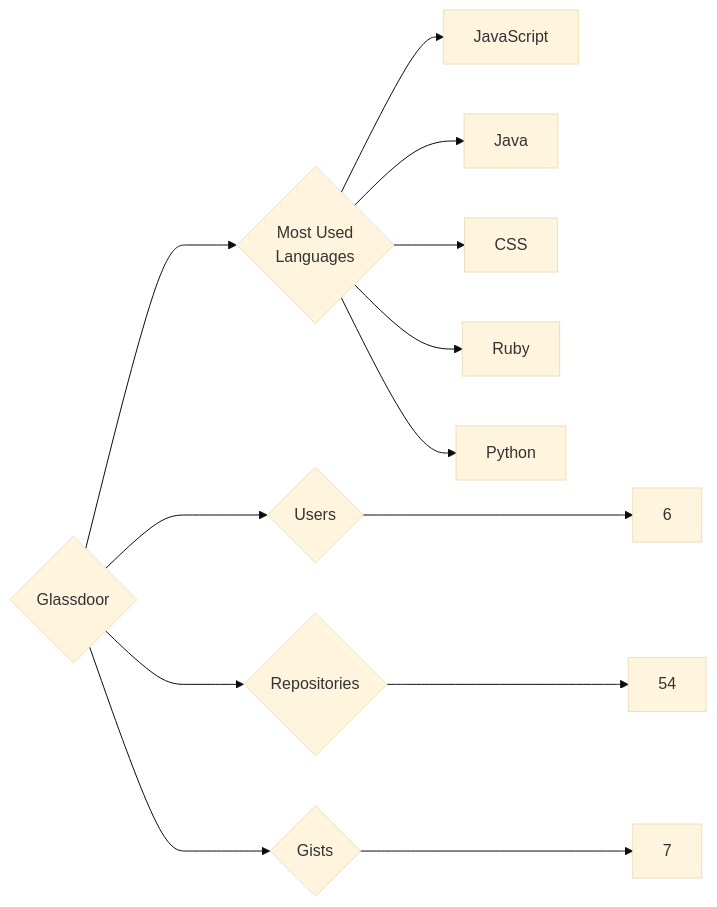
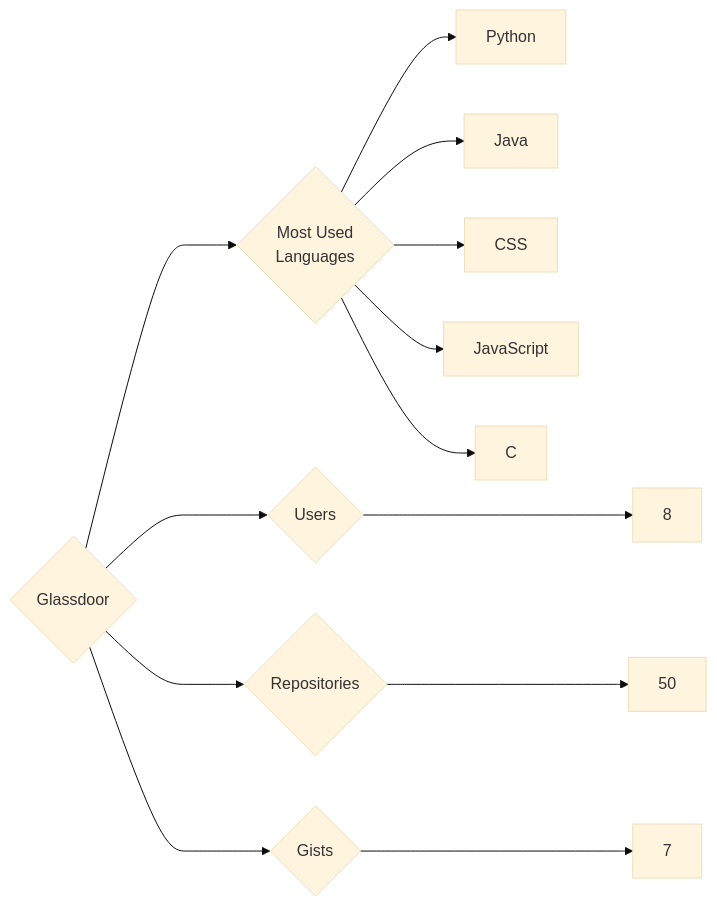
Before and after one commit to trickest/insiders: the diagram in targets/Glassdoor/README.md, drawn with Mermaid (base theme). The commit also changed 1084 other files, not shown here.

````diff
--- a/targets/Glassdoor/README.md
+++ b/targets/Glassdoor/README.md
@@ -3,13 +3,13 @@
 ```mermaid
 graph LR
 COMPANY_NAME{Glassdoor}
-COMPANY_NAME ---> U{Users} ---> UN[6]
-COMPANY_NAME ---> R{Repositories} ---> RN[54]
+COMPANY_NAME ---> U{Users} ---> UN[8]
+COMPANY_NAME ---> R{Repositories} ---> RN[50]
 COMPANY_NAME ---> G{Gists} ---> GN[7]
 COMPANY_NAME ---> ML{Most Used<br>Languages}
-ML --> JavaScript[JavaScript]
+ML --> Python[Python]
 ML --> Java[Java]
 ML --> CSS[CSS]
-ML --> Ruby[Ruby]
-ML --> Python[Python]
+ML --> JavaScript[JavaScript]
+ML --> C[C]
 ```
````
